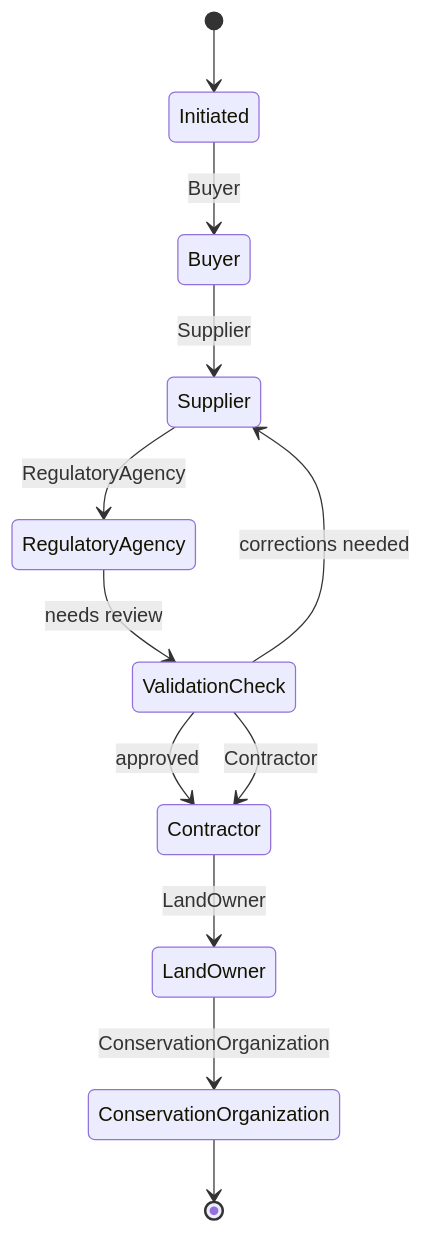
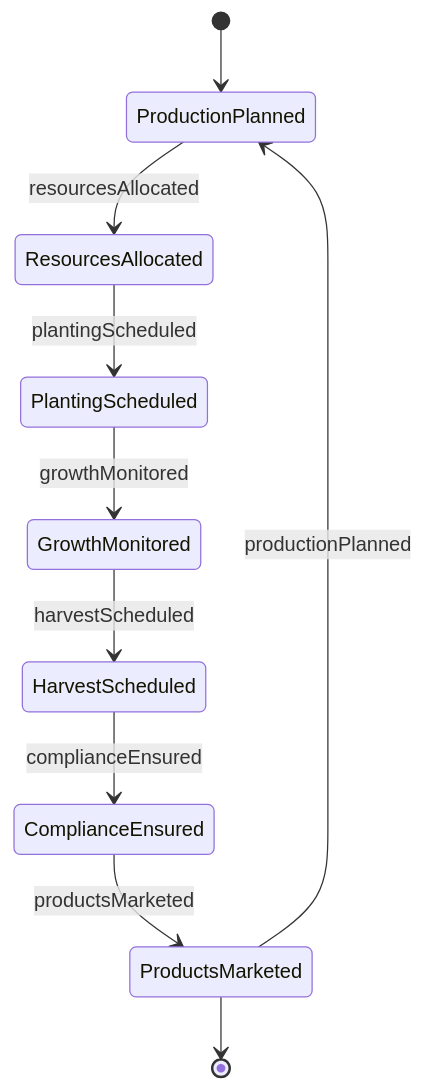
Before and after one commit to dot-org-ai/tasks.org.ai: the second of 4 diagrams in GuidingDirectingAndMotivatingSubordinates/ManageAgriculturalOrForestryOperations/ManageAgriculturalForestryOperations.mdx, drawn with Mermaid. The commit also changed other lines of this file and 515 other files, not shown here.

````diff
--- a/GuidingDirectingAndMotivatingSubordinates/ManageAgriculturalOrForestryOperations/ManageAgriculturalForestryOperations.mdx
+++ b/GuidingDirectingAndMotivatingSubordinates/ManageAgriculturalOrForestryOperations/ManageAgriculturalForestryOperations.mdx
@@ -108,14 +103,12 @@
 ```mermaid
 stateDiagram-v2
-    [*] --> Initiated
-    Initiated --> Buyer: Buyer
-    Buyer --> Supplier: Supplier
-    Supplier --> RegulatoryAgency: RegulatoryAgency
-    RegulatoryAgency --> ValidationCheck: needs review
-    ValidationCheck --> Supplier: corrections needed
-    ValidationCheck --> Contractor: approved
-    ValidationCheck --> Contractor: Contractor
-    Contractor --> LandOwner: LandOwner
-    LandOwner --> ConservationOrganization: ConservationOrganization
-    ConservationOrganization --> [*]
+    [*] --> ProductionPlanned
+    ProductionPlanned --> ResourcesAllocated : resourcesAllocated
+    ResourcesAllocated --> PlantingScheduled : plantingScheduled
+    PlantingScheduled --> GrowthMonitored : growthMonitored
+    GrowthMonitored --> HarvestScheduled : harvestScheduled
+    HarvestScheduled --> ComplianceEnsured : complianceEnsured
+    ComplianceEnsured --> ProductsMarketed : productsMarketed
+    ProductsMarketed --> ProductionPlanned : productionPlanned
+    ProductsMarketed --> [*]
 ```
````
